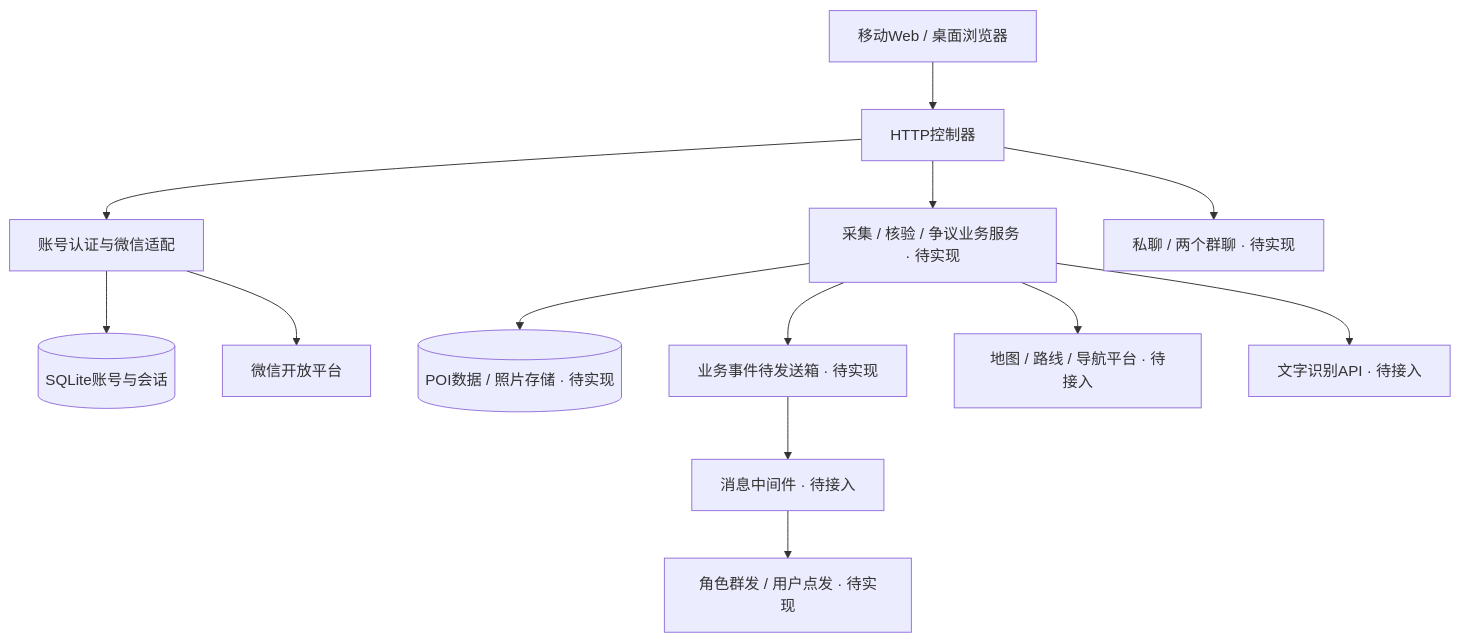
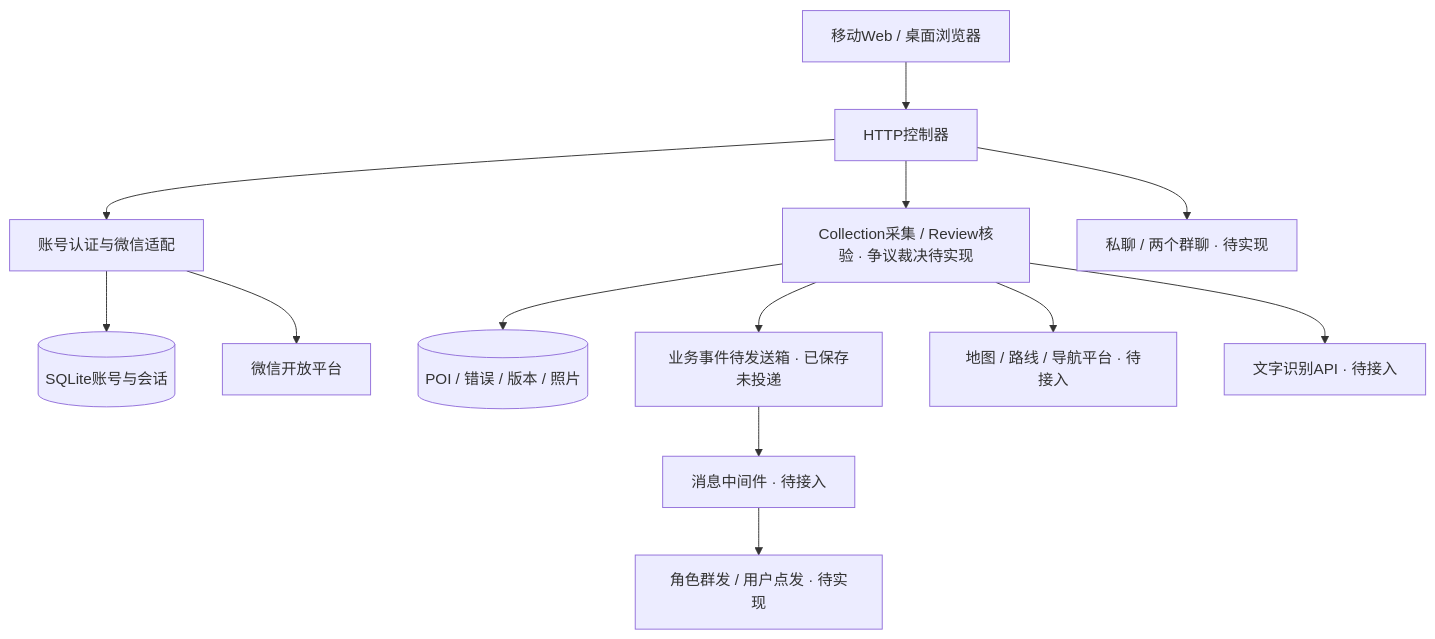
The diagram in docs/architecture.md (Florian-yang/mapqc-sadp-practice), drawn with Mermaid before and after one commit. The commit also changed other lines of this file and 25 other files, not shown here.

````diff
--- a/docs/architecture.md
+++ b/docs/architecture.md
@@ -5,15 +5,15 @@
 ```mermaid
 flowchart TB
   web[移动Web / 桌面浏览器] --> http[HTTP控制器]
   http --> auth[账号认证与微信适配]
-  http --> poi[采集 / 核验 / 争议业务服务 · 待实现]
+  http --> poi[Collection采集 / Review核验 · 争议裁决待实现]
   http --> chat[私聊 / 两个群聊 · 待实现]
   auth --> db[(SQLite账号与会话)]
   auth --> wx[微信开放平台]
-  poi --> store[(POI数据 / 照片存储 · 待实现)]
-  poi --> outbox[业务事件待发送箱 · 待实现]
+  poi --> store[(POI / 错误 / 版本 / 照片)]
+  poi --> outbox[业务事件待发送箱 · 已保存未投递]
   outbox --> mq[消息中间件 · 待接入]
   mq --> delivery[角色群发 / 用户点发 · 待实现]
   poi --> geo[地图 / 路线 / 导航平台 · 待接入]
   poi --> ocr[文字识别API · 待接入]
 ```
````
